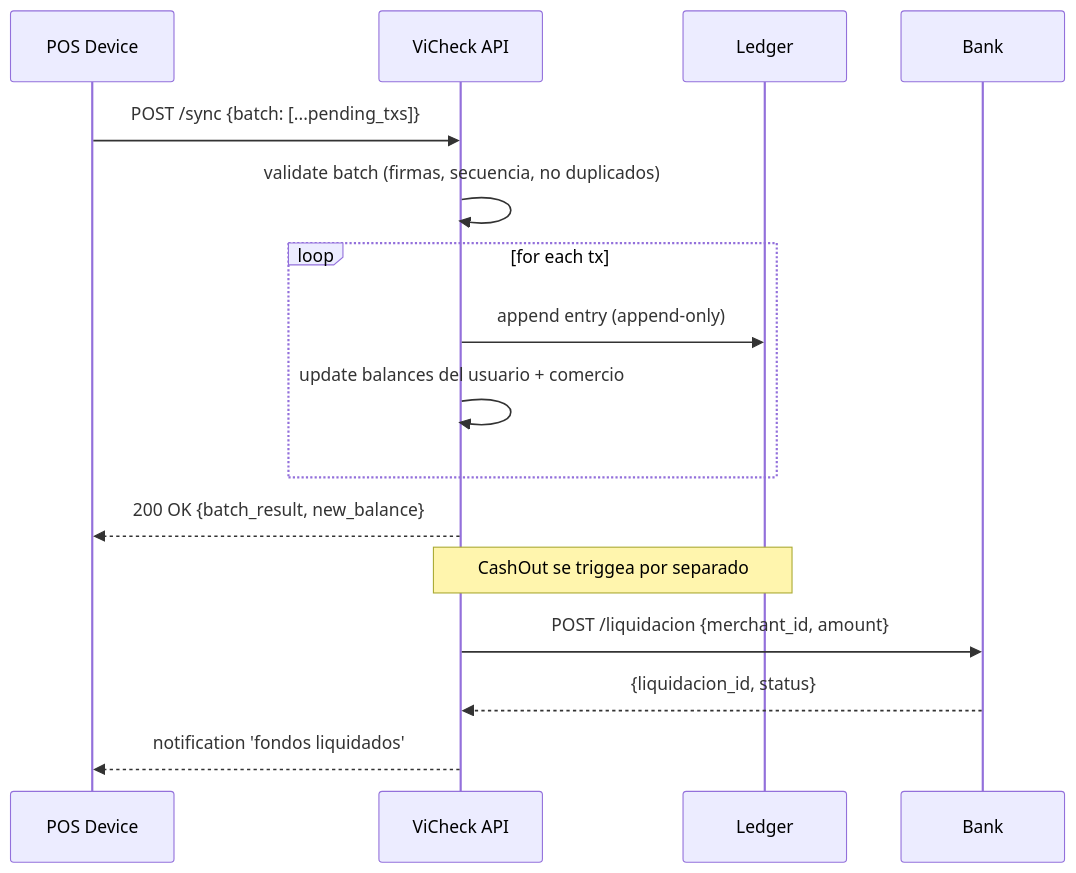
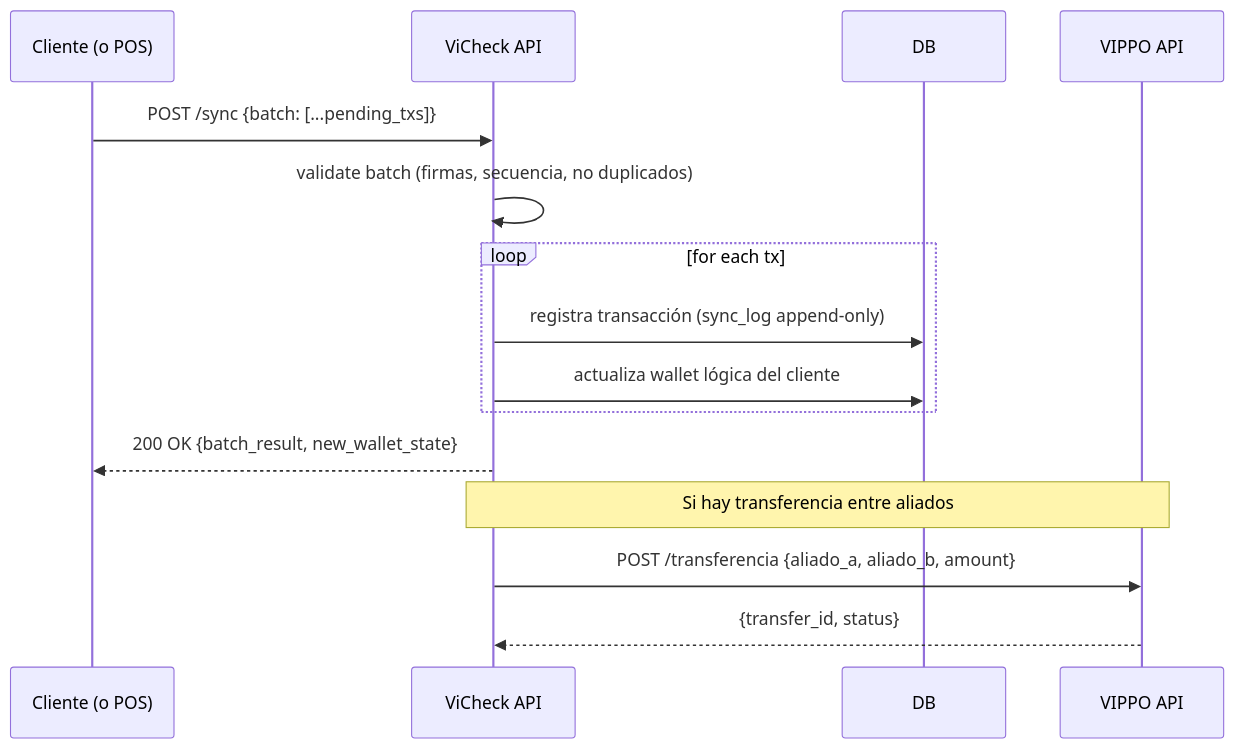
Before and after one commit to faugustdev/harbor-compass: the fourth of 4 diagrams in docs-src/02-architecture.md, drawn with Mermaid. The commit also changed other lines of this file and 9 other files, not shown here.

Commit message:
Correccion modelo: no custodia dinero + eliminar SUDEBAN + eliminar CashOut aliado

````diff
--- a/docs-src/02-architecture.md
+++ b/docs-src/02-architecture.md
@@ -158,20 +164,19 @@
 ```mermaid
 sequenceDiagram
-    participant P as POS Device
+    participant D as Cliente (o POS)
     participant V as ViCheck API
-    participant L as Ledger
-    participant B as Bank
+    participant DB as DB
+    participant P as VIPPO API
 
-    P->>V: POST /sync {batch: [...pending_txs]}
+    D->>V: POST /sync {batch: [...pending_txs]}
     V->>V: validate batch (firmas, secuencia, no duplicados)
     loop for each tx
-        V->>L: append entry (append-only)
-        V->>V: update balances del usuario + comercio
+        V->>DB: registra transacción (sync_log append-only)
+        V->>DB: actualiza wallet lógica del cliente
     end
-    V-->>P: 200 OK {batch_result, new_balance}
+    V-->>D: 200 OK {batch_result, new_wallet_state}
 
-    Note over V,L: CashOut se triggea por separado
-    V->>B: POST /liquidacion {merchant_id, amount}
-    B-->>V: {liquidacion_id, status}
-    V-->>P: notification 'fondos liquidados'
+    Note over V,P: Si hay transferencia entre aliados
+    V->>P: POST /transferencia {aliado_a, aliado_b, amount}
+    P-->>V: {transfer_id, status}
 ```
````
